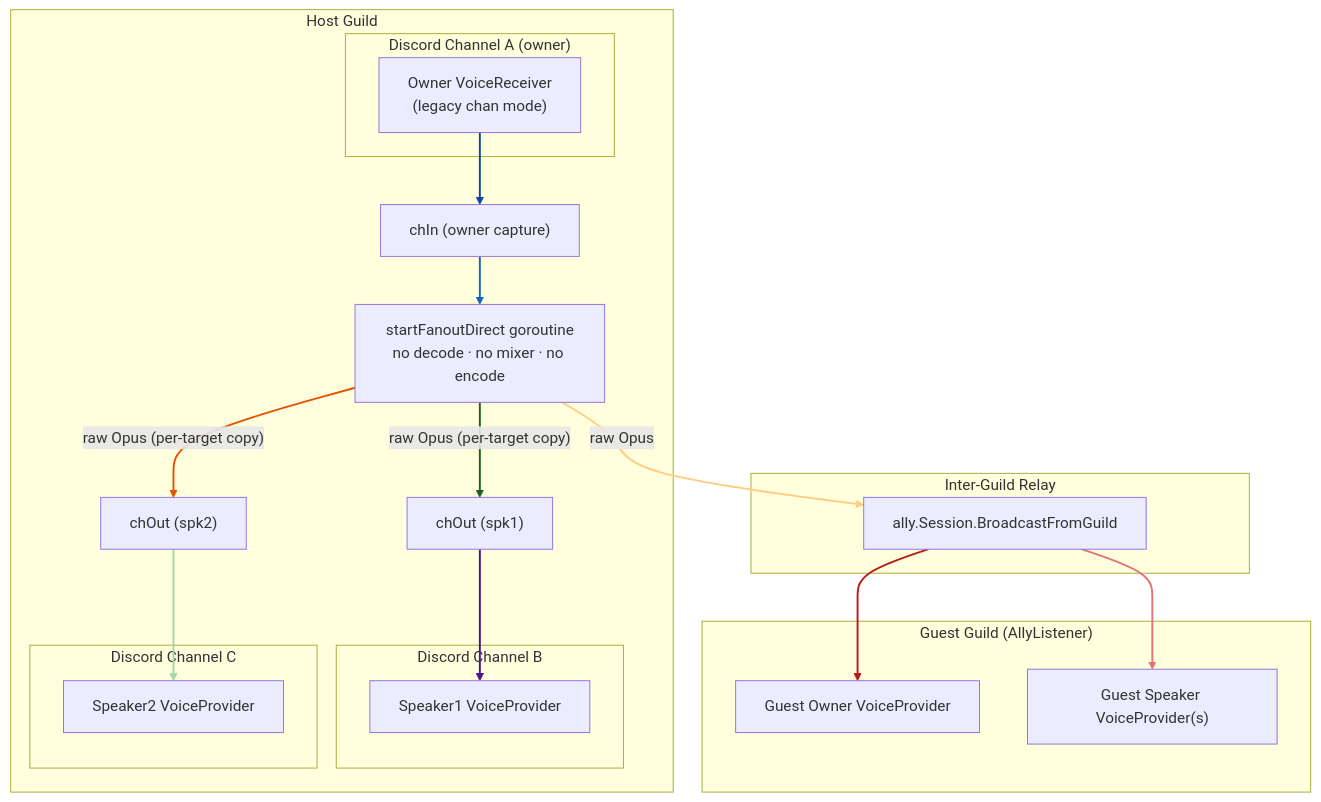
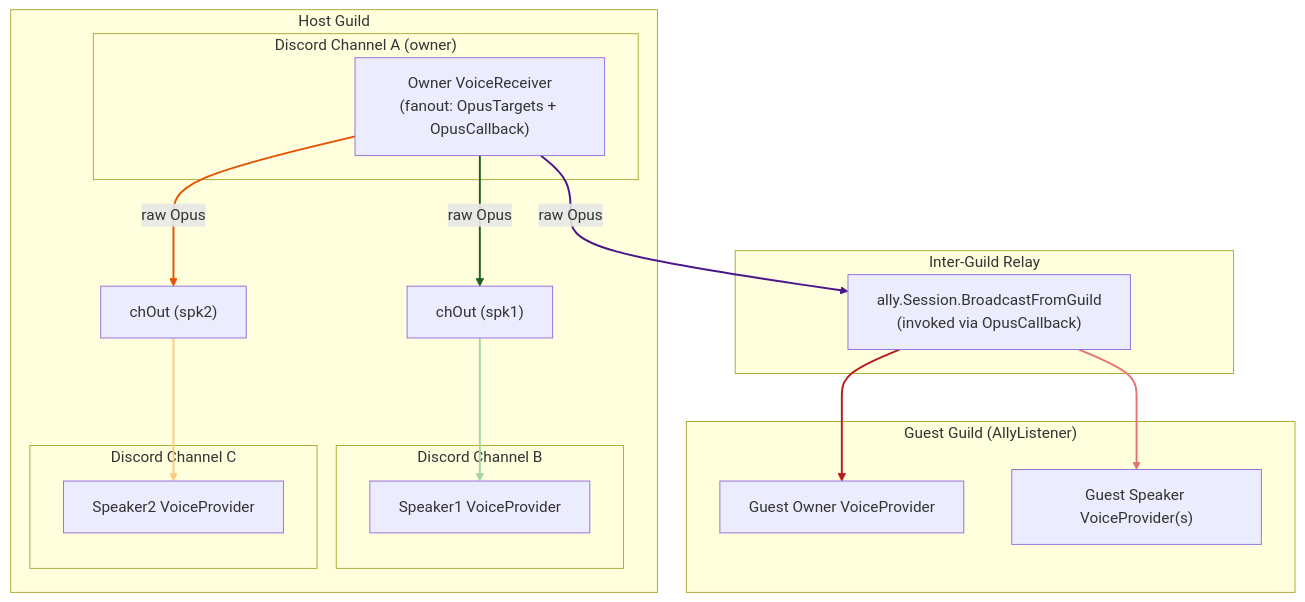
Before and after one commit to sealbro/go-discord-caller: the first of 5 diagrams in docs/VOICE_FLOW.md, drawn with Mermaid. The commit also changed other lines of this file and 10 other files, not shown here.

Commit message:
refactor: streamline voice connection setup by removing legacy capture channels and updating buffer handling

````diff
--- a/docs/VOICE_FLOW.md
+++ b/docs/VOICE_FLOW.md
@@ -13,60 +12,48 @@
 ```mermaid
 flowchart TD
     subgraph HOST_GUILD["Host Guild"]
         subgraph ChA["Discord Channel A (owner)"]
-            OwnerVR["Owner VoiceReceiver<br/>(legacy chan mode)"]
+            OwnerVR["Owner VoiceReceiver<br/>(fanout: OpusTargets + OpusCallback)"]
         end
         subgraph ChB["Discord Channel B"]
             Spk1VP["Speaker1 VoiceProvider"]
         end
         subgraph ChC["Discord Channel C"]
             Spk2VP["Speaker2 VoiceProvider"]
         end
 
-        chIn["chIn (owner capture)"]
-        OwnerVR --> chIn
-
-        Direct["startFanoutDirect goroutine<br/>no decode · no mixer · no encode"]
-        chIn --> Direct
-
         chOutB["chOut (spk1)"]
         chOutC["chOut (spk2)"]
 
-        Direct -- "raw Opus (per-target copy)" --> chOutB
-        Direct -- "raw Opus (per-target copy)" --> chOutC
+        OwnerVR -- "raw Opus" --> chOutB
+        OwnerVR -- "raw Opus" --> chOutC
 
         chOutB --> Spk1VP
         chOutC --> Spk2VP
     end
 
     subgraph RELAY["Inter-Guild Relay"]
-        AllySession["ally.Session.BroadcastFromGuild"]
-        Direct -- "raw Opus" --> AllySession
+        AllySession["ally.Session.BroadcastFromGuild<br/>(invoked via OpusCallback)"]
+        OwnerVR -- "raw Opus" --> AllySession
     end
 
     subgraph GUEST_GUILD["Guest Guild (AllyListener)"]
         GuestOwnerVP["Guest Owner VoiceProvider"]
         GuestSpkVP["Guest Speaker VoiceProvider(s)"]
         AllySession --> GuestOwnerVP
         AllySession --> GuestSpkVP
     end
 
-    %% Owner capture path — blue
-    linkStyle 0 stroke:#0d47a1,stroke-width:2px
-    linkStyle 1 stroke:#1565c0,stroke-width:2px
+    %% Owner → Speaker B — green
+    linkStyle 0 stroke:#1b5e20,stroke-width:2px
+    linkStyle 2 stroke:#a5d6a7,stroke-width:2px
 
-    %% Direct → Speaker B — green
-    linkStyle 2 stroke:#1b5e20,stroke-width:2px
-    linkStyle 5 stroke:#a5d6a7,stroke-width:2px
+    %% Owner → Speaker C — orange
+    linkStyle 1 stroke:#e65100,stroke-width:2px
+    linkStyle 3 stroke:#ffcc80,stroke-width:2px
 
-    %% Direct → Speaker C — orange
-    linkStyle 3 stroke:#e65100,stroke-width:2px
-    linkStyle 6 stroke:#ffcc80,stroke-width:2px
-
-    %% Relay path — purple
+    %% Owner → Relay → guest — purple/red
     linkStyle 4 stroke:#4a148c,stroke-width:2px
-
-    %% Guest delivery — red
-    linkStyle 7 stroke:#b71c1c,stroke-width:2px
-    linkStyle 8 stroke:#e57373,stroke-width:2px
+    linkStyle 5 stroke:#b71c1c,stroke-width:2px
+    linkStyle 6 stroke:#e57373,stroke-width:2px
 ```
````
